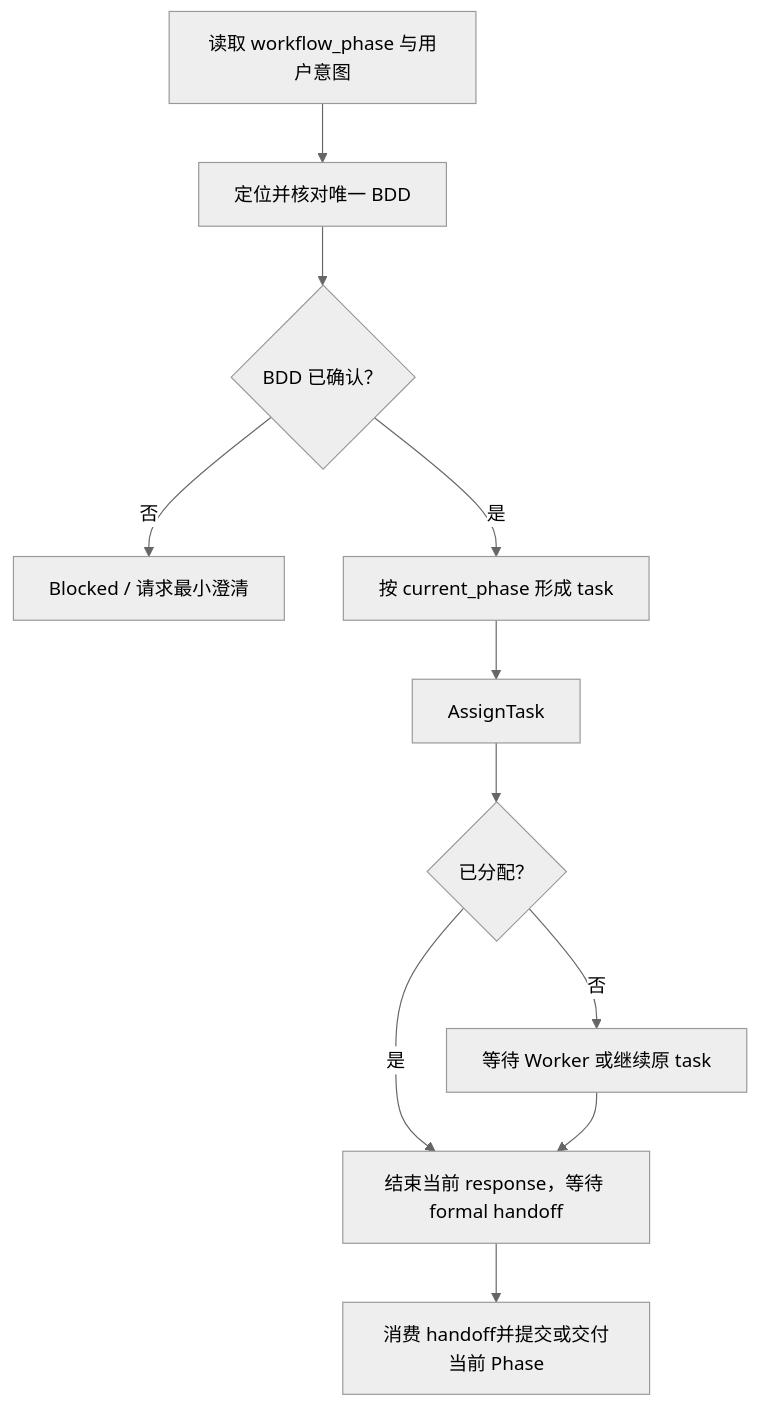
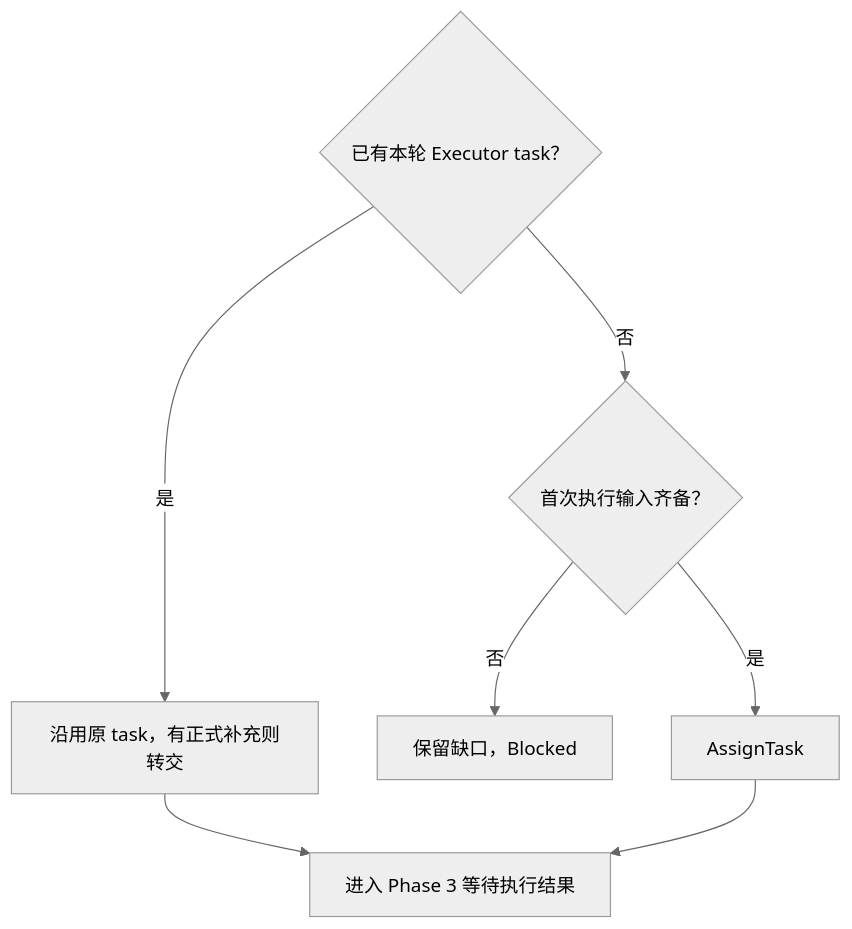
The second of 5 diagrams in assets/codex/skills/domain-rbt-coordinator/SKILL.md (daihothot/scout), drawn with Mermaid (neutral theme) before and after one commit. The commit also changed other lines of this file and 9 other files, not shown here.

````diff
--- a/assets/codex/skills/domain-rbt-coordinator/SKILL.md
+++ b/assets/codex/skills/domain-rbt-coordinator/SKILL.md
@@ -108,13 +154,10 @@
 ```mermaid
 flowchart TD
-  A["读取 workflow_phase 与用户意图"] --> B["定位并核对唯一 BDD"]
-  B --> C{"BDD 已确认？"}
-  C -- "否" --> X["Blocked / 请求最小澄清"]
-  C -- "是" --> D["按 current_phase 形成 task"]
-  D --> E["AssignTask"]
-  E --> F{"已分配？"}
-  F -- "否" --> G["等待 Worker 或继续原 task"]
-  F -- "是" --> H["结束当前 response，等待 formal handoff"]
-  G --> H
-  H --> I["消费 handoff并提交或交付当前 Phase"]
+  A{"已有本轮 Executor task？"}
+  A -- "是" --> B["沿用原 task，有正式补充则转交"]
+  A -- "否" --> C{"首次执行输入齐备？"}
+  C -- "否" --> W["保留缺口，Blocked"]
+  C -- "是" --> D["AssignTask"]
+  B --> E["进入 Phase 3 等待执行结果"]
+  D --> E
 ```
````
